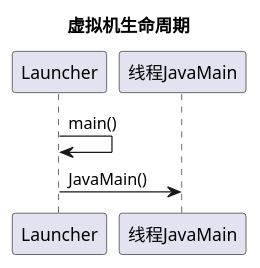
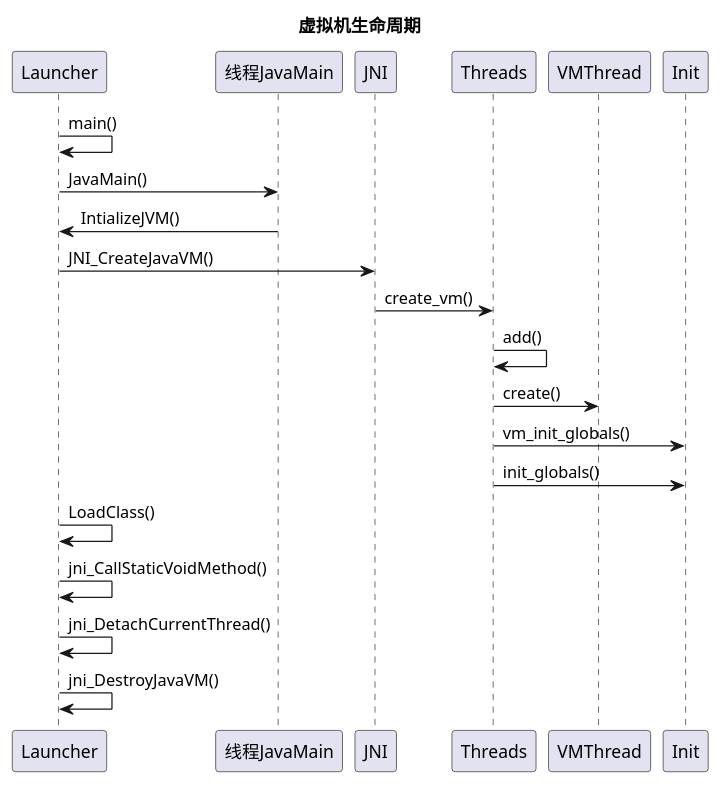
One commit to pauljoo/blog changed the diagram in source/_posts/Java/HotSpot实战-2启动.md. Above: the diagram before and after it, drawn with PlantUML. The commit also changed other lines of this file and 2 other files, not shown here.

```diff
--- a/source/_posts/Java/HotSpot实战-2启动.md
+++ b/source/_posts/Java/HotSpot实战-2启动.md
@@ -28,5 +28,16 @@
 {% plantuml %}
 Title: 虚拟机生命周期
 Launcher->Launcher: main()
 Launcher->线程JavaMain: JavaMain()
+线程JavaMain->Launcher: IntializeJVM()
+Launcher->JNI: JNI_CreateJavaVM()
+JNI->Threads: create_vm()
+Threads->Threads: add()
+Threads->VMThread: create()
+Threads->Init: vm_init_globals()
+Threads->Init: init_globals()
+Launcher->Launcher: LoadClass()
+Launcher->Launcher: jni_CallStaticVoidMethod()
+Launcher->Launcher: jni_DetachCurrentThread()
+Launcher->Launcher: jni_DestroyJavaVM()
 {% endplantuml %}
```
